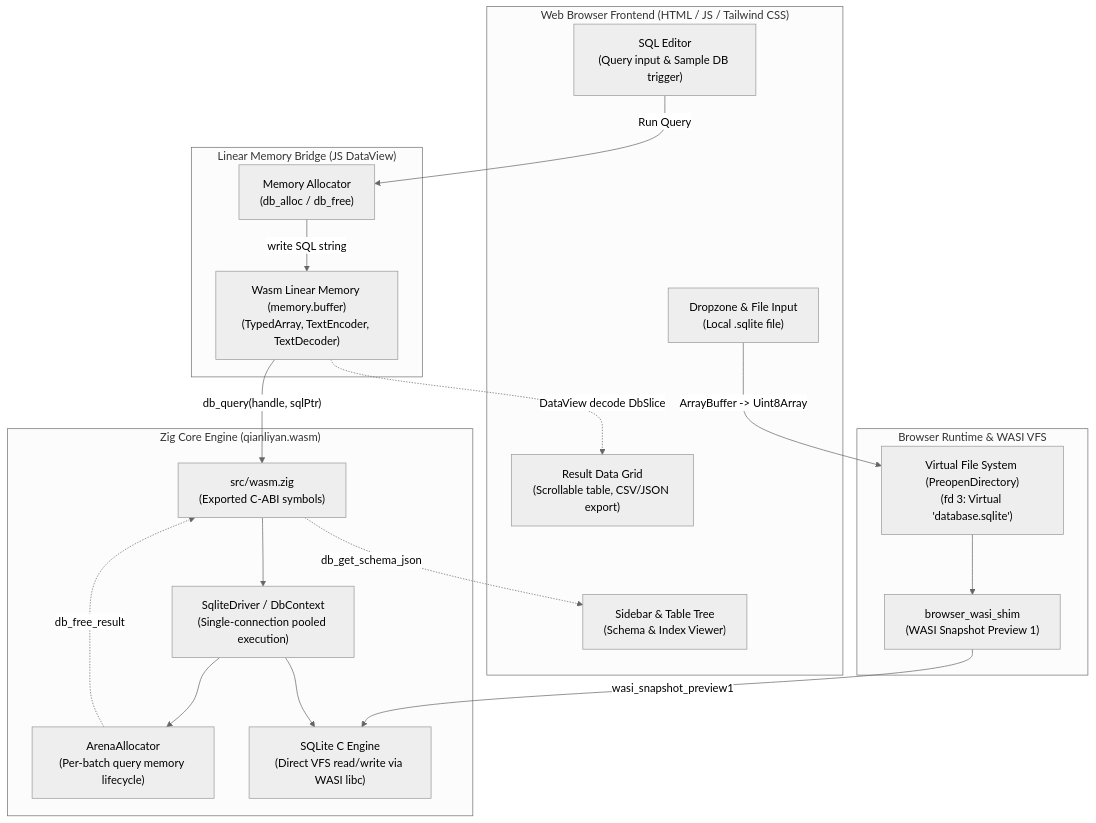
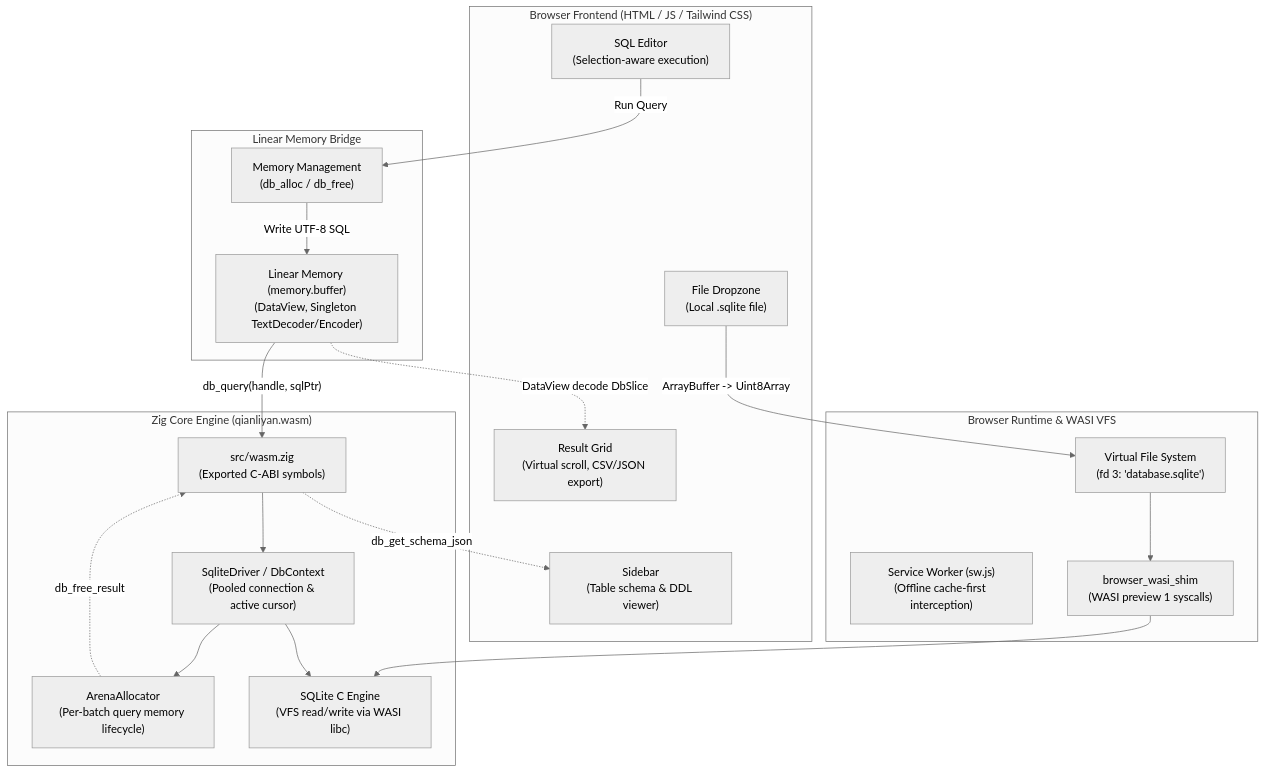
One commit to jiacai2050/x changed the first of 4 diagrams in qianliyan/docs/wasm-architecture.md. Above: the diagram before and after it, drawn with Mermaid (neutral theme). The commit also changed other lines of this file and 4 other files, not shown here.

First line of the commit message:
feat(web): Add offline PWA support

````diff
--- a/qianliyan/docs/wasm-architecture.md
+++ b/qianliyan/docs/wasm-architecture.md
@@ -19,42 +18,43 @@
 ```mermaid
 flowchart TD
-    subgraph Browser ["Web Browser Frontend (HTML / JS / Tailwind CSS)"]
-        UI_Drop["Dropzone & File Input<br/>(Local .sqlite file)"]
-        UI_Editor["SQL Editor<br/>(Query input & Sample DB trigger)"]
-        UI_Sidebar["Sidebar & Table Tree<br/>(Schema & Index Viewer)"]
-        UI_Grid["Result Data Grid<br/>(Scrollable table, CSV/JSON export)"]
+    subgraph Browser ["Browser Frontend (HTML / JS / Tailwind CSS)"]
+        UI_Drop["File Dropzone<br/>(Local .sqlite file)"]
+        UI_Editor["SQL Editor<br/>(Selection-aware execution)"]
+        UI_Sidebar["Sidebar<br/>(Table schema & DDL viewer)"]
+        UI_Grid["Result Grid<br/>(Virtual scroll, CSV/JSON export)"]
     end
 
     subgraph Runtime ["Browser Runtime & WASI VFS"]
-        WASI_Shim["browser_wasi_shim<br/>(WASI Snapshot Preview 1)"]
-        VFS["Virtual File System (PreopenDirectory)<br/>(fd 3: Virtual 'database.sqlite')"]
+        SW["Service Worker (sw.js)<br/>(Offline cache-first interception)"]
+        WASI_Shim["browser_wasi_shim<br/>(WASI preview 1 syscalls)"]
+        VFS["Virtual File System<br/>(fd 3: 'database.sqlite')"]
     end
 
-    subgraph Bridge ["Linear Memory Bridge (JS DataView)"]
-        Mem["Wasm Linear Memory (memory.buffer)<br/>(TypedArray, TextEncoder, TextDecoder)"]
-        Alloc["Memory Allocator<br/>(db_alloc / db_free)"]
+    subgraph Bridge ["Linear Memory Bridge"]
+        Mem["Linear Memory (memory.buffer)<br/>(DataView, Singleton TextDecoder/Encoder)"]
+        Alloc["Memory Management<br/>(db_alloc / db_free)"]
     end
 
     subgraph WasmCore ["Zig Core Engine (qianliyan.wasm)"]
         WasmEntry["src/wasm.zig<br/>(Exported C-ABI symbols)"]
-        Context["SqliteDriver / DbContext<br/>(Single-connection pooled execution)"]
+        Context["SqliteDriver / DbContext<br/>(Pooled connection & active cursor)"]
         Arena["ArenaAllocator<br/>(Per-batch query memory lifecycle)"]
-        SQLite["SQLite C Engine<br/>(Direct VFS read/write via WASI libc)"]
+        SQLite["SQLite C Engine<br/>(VFS read/write via WASI libc)"]
     end
 
     UI_Drop -->|"ArrayBuffer -> Uint8Array"| VFS
     VFS --> WASI_Shim
-    WASI_Shim -->|"wasi_snapshot_preview1"| SQLite
+    WASI_Shim --> SQLite
 
     UI_Editor -->|"Run Query"| Alloc
-    Alloc -->|"write SQL string"| Mem
+    Alloc -->|"Write UTF-8 SQL"| Mem
     Mem -->|"db_query(handle, sqlPtr)"| WasmEntry
 
     WasmEntry --> Context
     Context --> Arena
     Context --> SQLite
 
     Arena -.->|"db_free_result"| WasmEntry
     Mem -.->|"DataView decode DbSlice"| UI_Grid
     WasmEntry -.->|"db_get_schema_json"| UI_Sidebar
 ```
````
